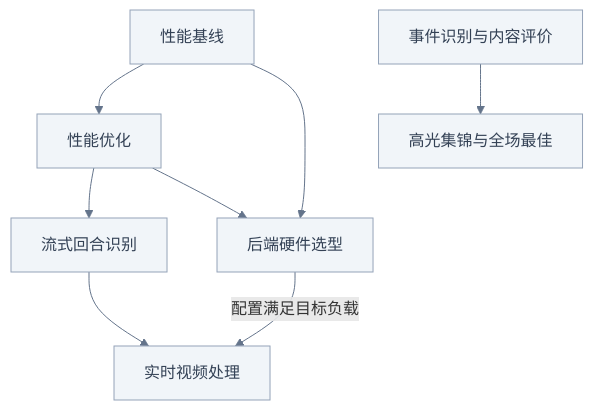
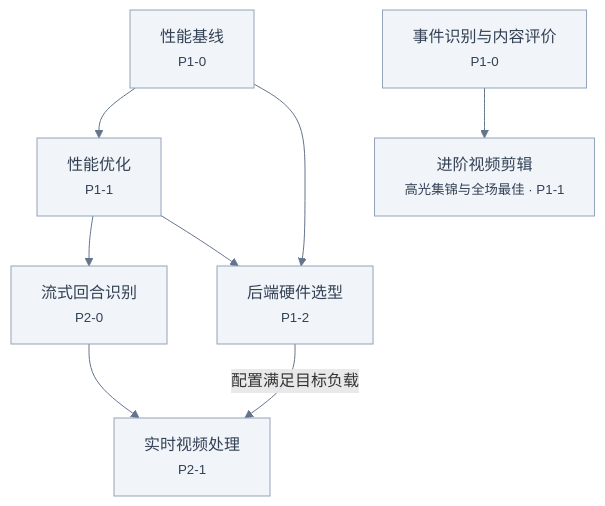
Before and after one commit to benb365/smash-suite: the second of 2 diagrams in docs/plan/roadmap.md, drawn with Mermaid. The commit also changed other lines of this file and 1 other file, not shown here.

Commit message:
docs: align roadmap dependencies and active tasks

````diff
--- a/docs/plan/roadmap.md
+++ b/docs/plan/roadmap.md
@@ -93,20 +99,20 @@
 ```mermaid
 flowchart TD
-  baseline["性能基线"] --> optimize["性能优化"]
-  optimize --> stream["流式回合识别"]
-  stream --> live["实时视频处理"]
-  baseline --> hardware["后端硬件选型"]
+  baseline["性能基线<br/><small>P1-0</small>"] --> optimize["性能优化<br/><small>P1-1</small>"]
+  optimize --> stream["流式回合识别<br/><small>P2-0</small>"]
+  stream --> live["实时视频处理<br/><small>P2-1</small>"]
+  baseline --> hardware["后端硬件选型<br/><small>P1-2</small>"]
   optimize --> hardware
   hardware -->|配置满足目标负载| live
 
-  content["事件识别与内容评价"] --> highlights["高光集锦与全场最佳"]
+  content["事件识别与内容评价<br/><small>P1-0</small>"] --> highlights["进阶视频剪辑<br/><small>高光集锦与全场最佳 · P1-1</small>"]
 
   style baseline fill:#f1f5f9,stroke:#94a3b8,color:#334155
   style optimize fill:#f1f5f9,stroke:#94a3b8,color:#334155
   style stream fill:#f1f5f9,stroke:#94a3b8,color:#334155
   style live fill:#f1f5f9,stroke:#94a3b8,color:#334155
   style hardware fill:#f1f5f9,stroke:#94a3b8,color:#334155
   style content fill:#f1f5f9,stroke:#94a3b8,color:#334155
   style highlights fill:#f1f5f9,stroke:#94a3b8,color:#334155
   linkStyle default stroke:#64748b
 ```
````
